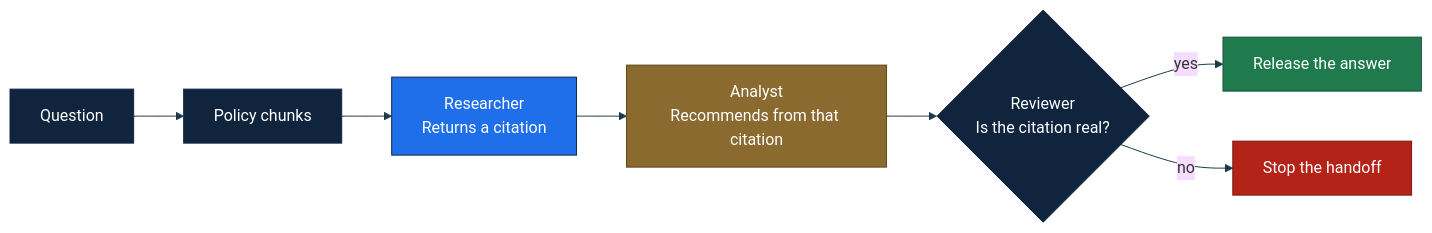
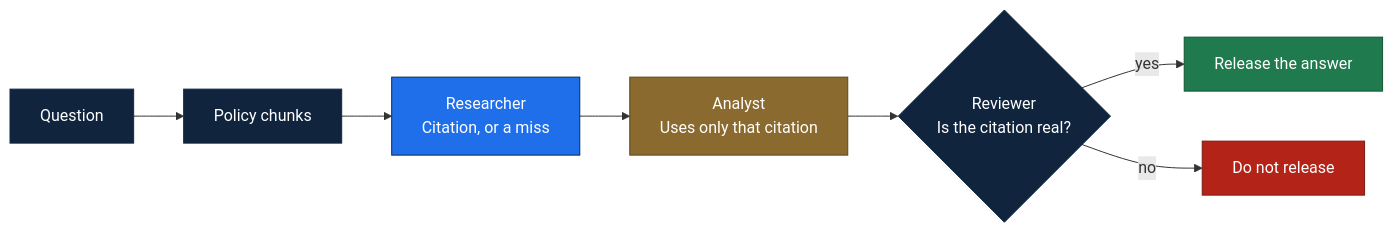
Before and after one commit to salihtutun/Agentic-AI_Autonomous_Decision_Making: the diagram in assets/mermaid/rag-handoff.mmd, drawn with Mermaid. The commit also changed 24 other files, not shown here.

Commit message:
feat: redraw the session diagrams so the arrows match the lesson

```diff
--- a/assets/mermaid/rag-handoff.mmd
+++ b/assets/mermaid/rag-handoff.mmd
@@ -1,19 +1,18 @@
-%%{init: {'theme':'base','themeVariables':{'fontFamily':'Segoe UI, Arial, sans-serif','fontSize':'16px','lineColor':'#1B3A4B'}}}%%
 flowchart LR
     Q["Question"] --> C["Policy chunks"]
-    C --> R["Researcher<br/>Returns a citation"]
-    R --> A["Analyst<br/>Recommends from that citation"]
+    C --> R["Researcher<br/>Citation, or a miss"]
+    R --> A["Analyst<br/>Uses only that citation"]
     A --> V{"Reviewer<br/>Is the citation real?"}
     V -->|yes| GO["Release the answer"]
-    V -->|no| STOP["Stop the handoff"]
+    V -->|no| STOP["Do not release"]
     classDef blue fill:#1F6FEB,stroke:#0E2A43,color:#ffffff
     classDef navy fill:#10243E,stroke:#0E2A43,color:#ffffff
     classDef gold fill:#8A6A2F,stroke:#5C4718,color:#ffffff
     classDef green fill:#1F7A4D,stroke:#145536,color:#ffffff
     classDef red fill:#B42318,stroke:#7A1A12,color:#ffffff
     class Q,C navy
     class R blue
     class A gold
     class V navy
     class GO green
     class STOP red
```
